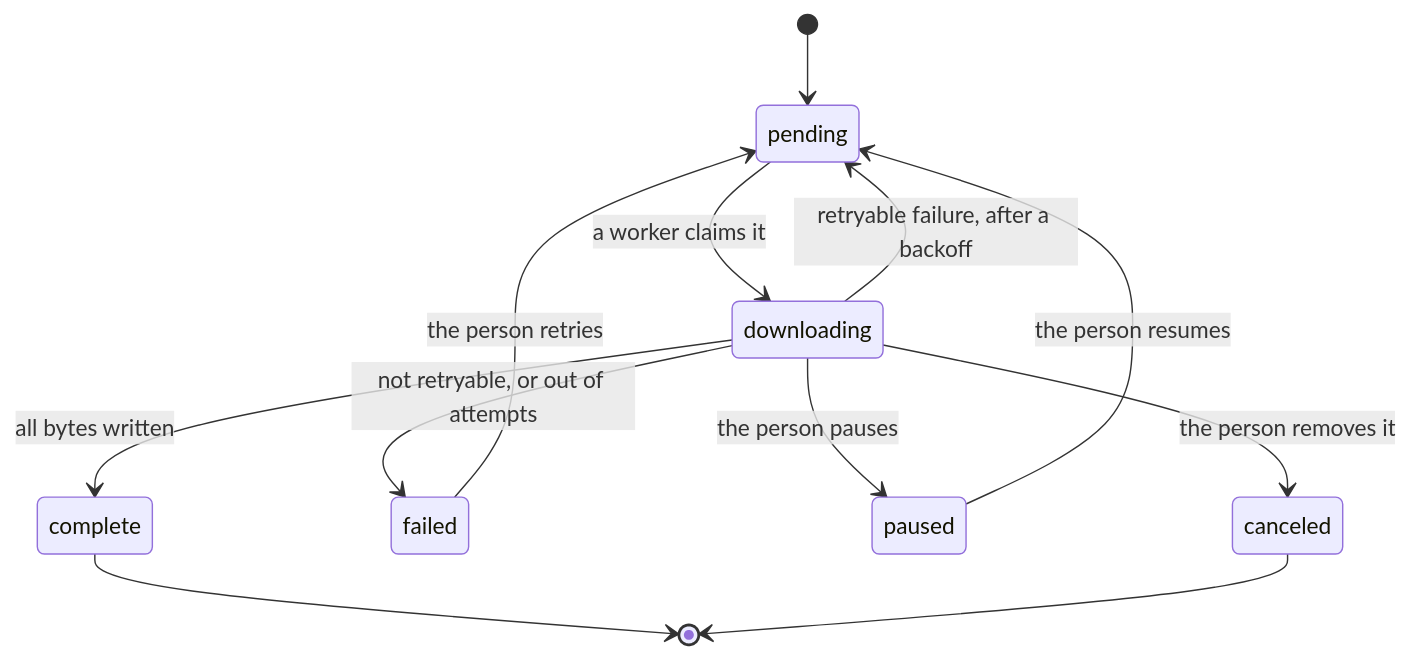
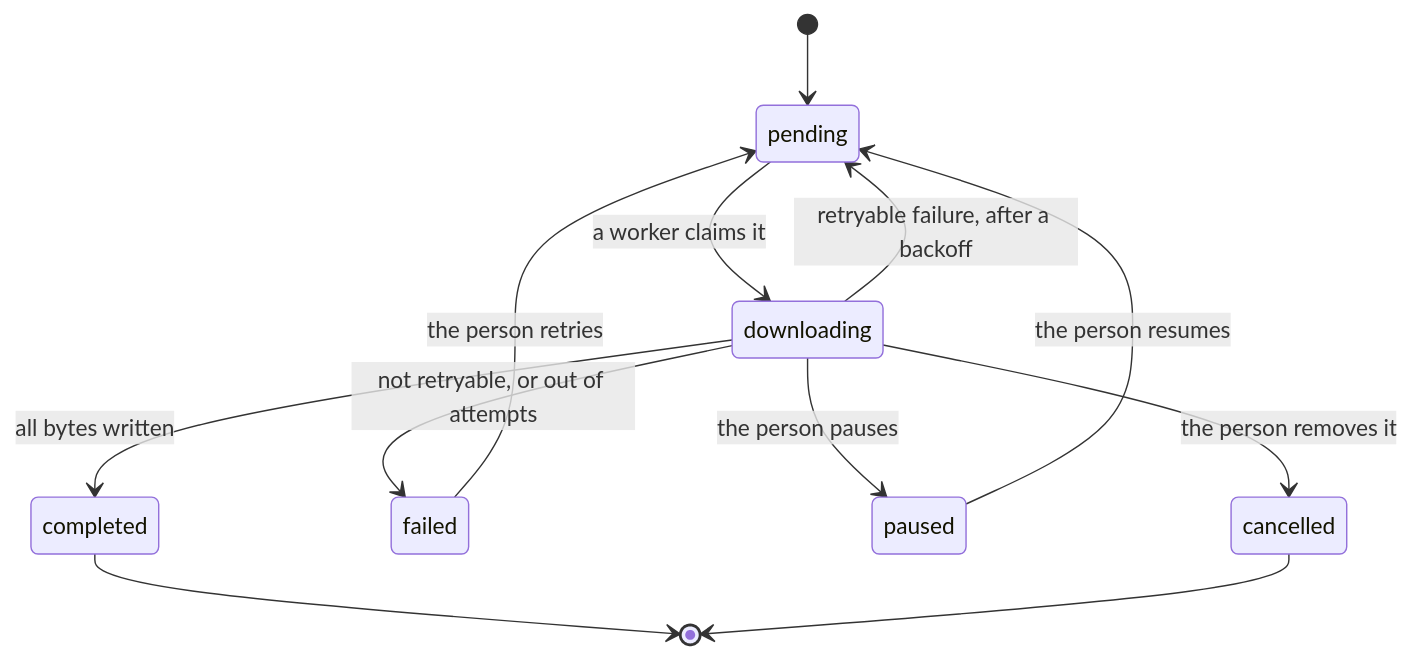
The second of 2 diagrams in docs/architecture.md (iamromandev/anydm), drawn with Mermaid before and after one commit. The commit also changed other lines of this file and 25 other files, not shown here.

````diff
--- a/docs/architecture.md
+++ b/docs/architecture.md
@@ -132,14 +132,14 @@
 ```mermaid
 stateDiagram-v2
     [*] --> pending
     pending --> downloading: a worker claims it
-    downloading --> complete: all bytes written
+    downloading --> completed: all bytes written
     downloading --> pending: retryable failure, after a backoff
     downloading --> failed: not retryable, or out of attempts
     downloading --> paused: the person pauses
     paused --> pending: the person resumes
     failed --> pending: the person retries
-    downloading --> canceled: the person removes it
-    complete --> [*]
-    canceled --> [*]
+    downloading --> cancelled: the person removes it
+    completed --> [*]
+    cancelled --> [*]
 ```
````
